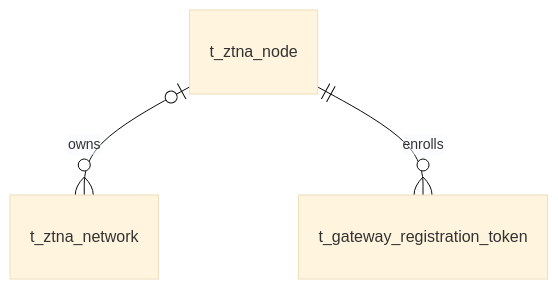
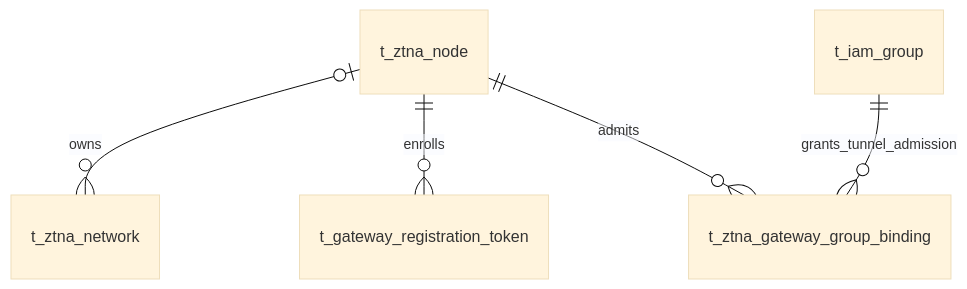
The diagram in docs/database/design/ztna_node_data_design.md (shengzhi/velotrust), drawn with Mermaid (base theme) before and after one commit. The commit also changed other lines of this file and 62 other files, not shown here.

````diff
--- a/docs/database/design/ztna_node_data_design.md
+++ b/docs/database/design/ztna_node_data_design.md
@@ -15,5 +15,7 @@
 ```mermaid
 erDiagram
     t_ztna_node o|--o{ t_ztna_network : owns
     t_ztna_node ||--o{ t_gateway_registration_token : enrolls
+    t_ztna_node ||--o{ t_ztna_gateway_group_binding : admits
+    t_iam_group ||--o{ t_ztna_gateway_group_binding : grants_tunnel_admission
 ```
````
